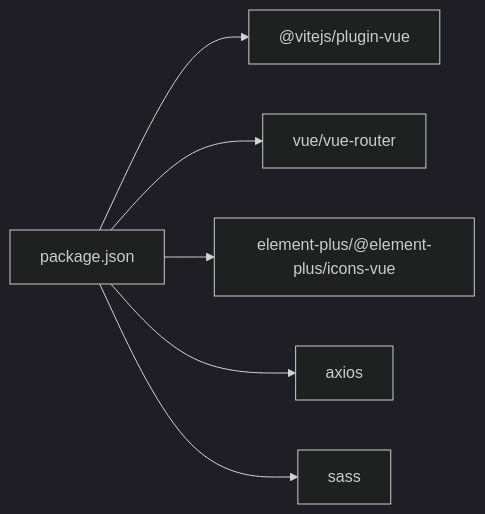
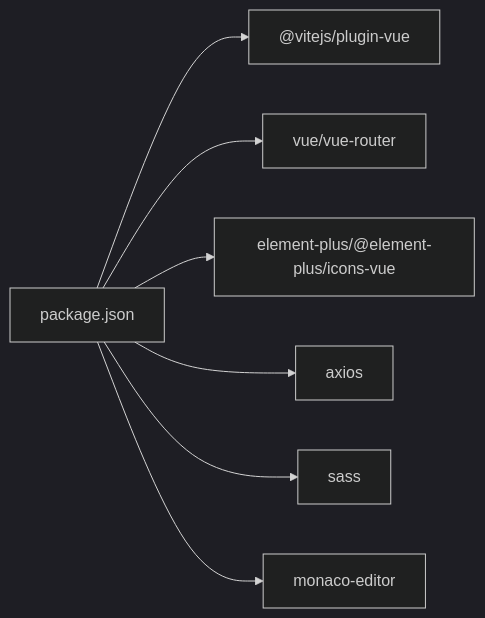
The third of 3 diagrams in .qoder/repowiki/zh/content/前端架构设计/构建配置.md (Liyuhao02/Jmeter-Admin), drawn with Mermaid (dark theme) before and after one commit. The commit also changed other lines of this file and 6 other files, not shown here.

````diff
--- a/.qoder/repowiki/zh/content/前端架构设计/构建配置.md
+++ b/.qoder/repowiki/zh/content/前端架构设计/构建配置.md
@@ -238,14 +246,16 @@
 ```mermaid
 graph LR
 P["package.json"]
 V["@vitejs/plugin-vue"]
 Vue["vue/vue-router"]
 EP["element-plus/@element-plus/icons-vue"]
 AX["axios"]
 SCSS["sass"]
+MONACO["monaco-editor"]
 P --> V
 P --> Vue
 P --> EP
 P --> AX
 P --> SCSS
+P --> MONACO
 ```
````
